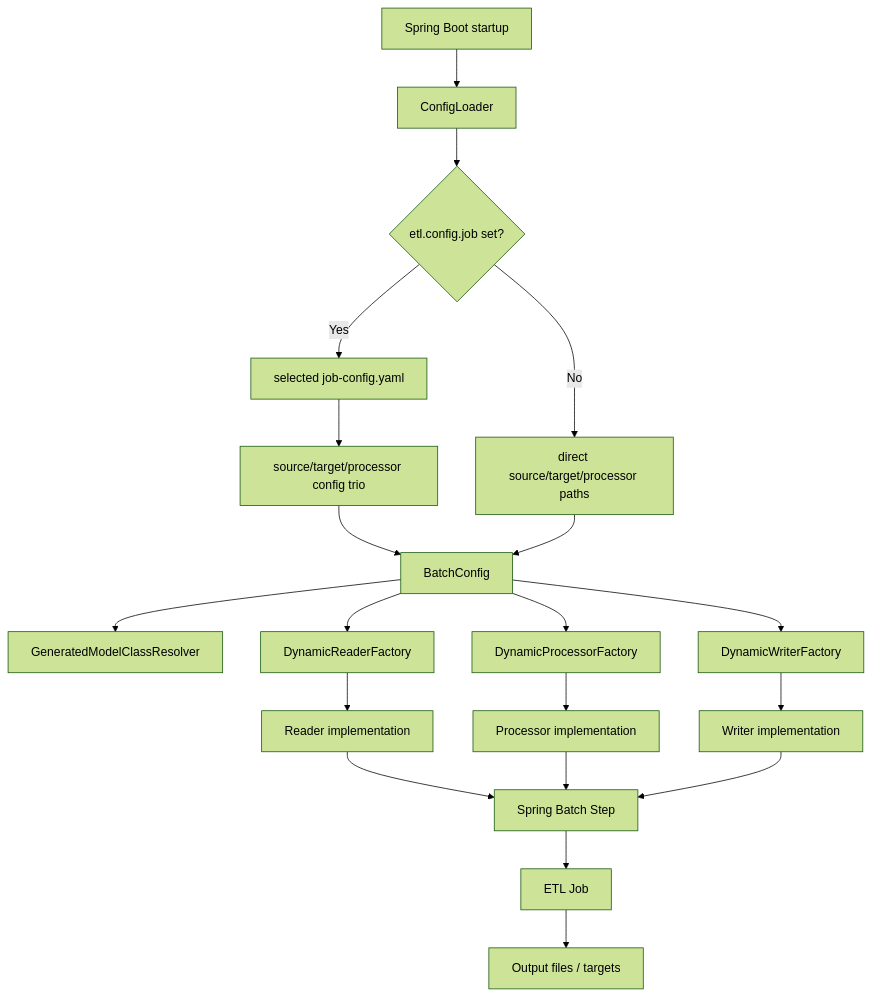
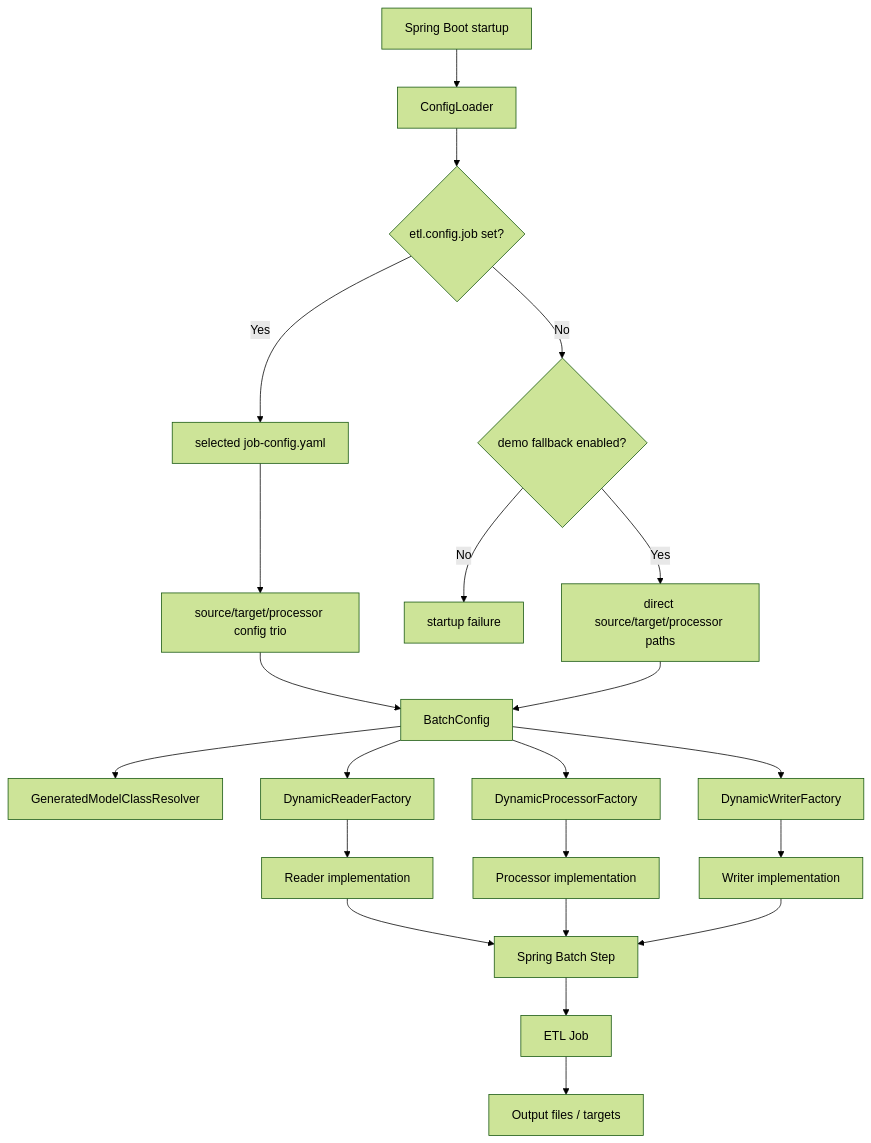
The diagram in docs/architecture/overview.md (kbalanandam/spring-etl-engine), drawn with Mermaid (forest theme) before and after one commit. The commit also changed other lines of this file and 30 other files, not shown here.

````diff
--- a/docs/architecture/overview.md
+++ b/docs/architecture/overview.md
@@ -20,27 +20,29 @@
 ```mermaid
 flowchart TD
     A[Spring Boot startup] --> B[ConfigLoader]
     B --> C{etl.config.job set?}
     C -- Yes --> D[selected job-config.yaml]
     D --> E[source/target/processor config trio]
-    C -- No --> F[direct source/target/processor paths]
+    C -- No --> F{demo fallback enabled?}
+    F -- No --> S[startup failure]
+    F -- Yes --> H[direct source/target/processor paths]
 
     E --> G[BatchConfig]
-    F --> G
+    H --> G
 
-    G --> H[GeneratedModelClassResolver]
-    G --> I[DynamicReaderFactory]
-    G --> J[DynamicProcessorFactory]
-    G --> K[DynamicWriterFactory]
+    G --> I[GeneratedModelClassResolver]
+    G --> J[DynamicReaderFactory]
+    G --> K[DynamicProcessorFactory]
+    G --> L[DynamicWriterFactory]
 
-    I --> L[Reader implementation]
-    J --> M[Processor implementation]
-    K --> N[Writer implementation]
+    J --> M[Reader implementation]
+    K --> N[Processor implementation]
+    L --> O[Writer implementation]
 
-    L --> O[Spring Batch Step]
-    M --> O
-    N --> O
+    M --> P[Spring Batch Step]
+    N --> P
+    O --> P
 
-    O --> P[ETL Job]
-    P --> Q[Output files / targets]
+    P --> Q[ETL Job]
+    Q --> R[Output files / targets]
 ```
````
